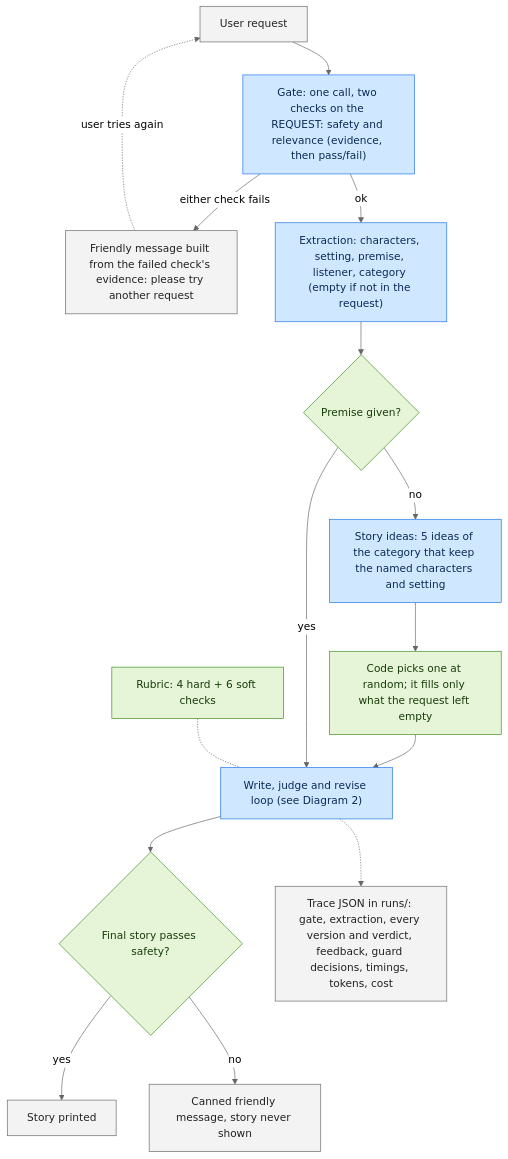
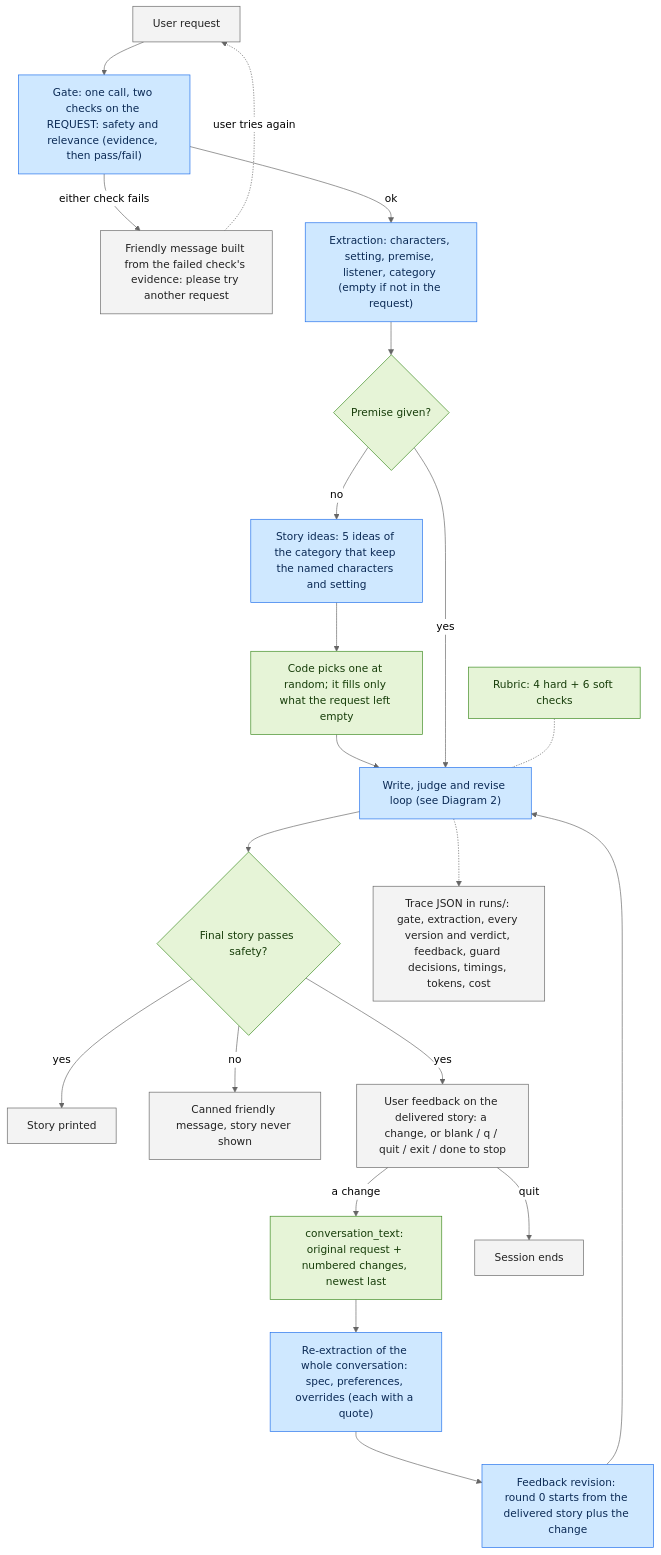
The second of 3 diagrams in docs/ARCHITECTURE.md (Sumo-99/hippocratic_ai_assessment), drawn with Mermaid (neutral theme) before and after one commit. The commit also changed other lines of this file and 3 other files, not shown here.

First line of the commit message:
docs: post-story feedback loop

````diff
--- a/docs/ARCHITECTURE.md
+++ b/docs/ARCHITECTURE.md
@@ -24,32 +24,39 @@
 ```mermaid
 flowchart TD
     U["User request"]:::io
     GATE["Gate: one call, two checks on the REQUEST: safety and relevance (evidence, then pass/fail)"]:::llm
     REJ["Friendly message built from the failed check's evidence: please try another request"]:::io
     EXT["Extraction: characters, setting, premise, listener, category (empty if not in the request)"]:::llm
     PREM{"Premise given?"}:::code
     OPTS["Story ideas: 5 ideas of the category that keep the named characters and setting"]:::llm
     PICK["Code picks one at random; it fills only what the request left empty"]:::code
     LOOP["Write, judge and revise loop (see Diagram 2)"]:::llm
     RUBRIC["Rubric: 4 hard + 6 soft checks"]:::code
     SAFE{"Final story passes safety?"}:::code
     OUT["Story printed"]:::io
     CANNED["Canned friendly message, story never shown"]:::io
     TRACE["Trace JSON in runs/: gate, extraction, every version and verdict, feedback, guard decisions, timings, tokens, cost"]:::io
+    FBIN["User feedback on the delivered story: a change, or blank / q / quit / exit / done to stop"]:::io
+    CONV["conversation_text: original request + numbered changes, newest last"]:::code
+    REEXT["Re-extraction of the whole conversation: spec, preferences, overrides (each with a quote)"]:::llm
+    FBREV["Feedback revision: round 0 starts from the delivered story plus the change"]:::llm
 
     U --> GATE
     GATE -->|"either check fails"| REJ
     REJ -.->|"user tries again"| U
     GATE -->|ok| EXT --> PREM
     PREM -->|no| OPTS --> PICK --> LOOP
     PREM -->|yes| LOOP
     RUBRIC -.- LOOP
     LOOP --> SAFE
     SAFE -->|yes| OUT
     SAFE -->|no| CANNED
     LOOP -.-> TRACE
+    SAFE -->|yes| FBIN
+    FBIN -->|"a change"| CONV --> REEXT --> FBREV --> LOOP
+    FBIN -->|"quit"| STOP["Session ends"]:::io
 
     classDef llm fill:#cfe8ff,stroke:#1f6feb,color:#0b2a55
     classDef code fill:#e6f4d7,stroke:#3b8a1f,color:#173d0a
     classDef io fill:#f3f3f3,stroke:#666,color:#222
 ```
````
